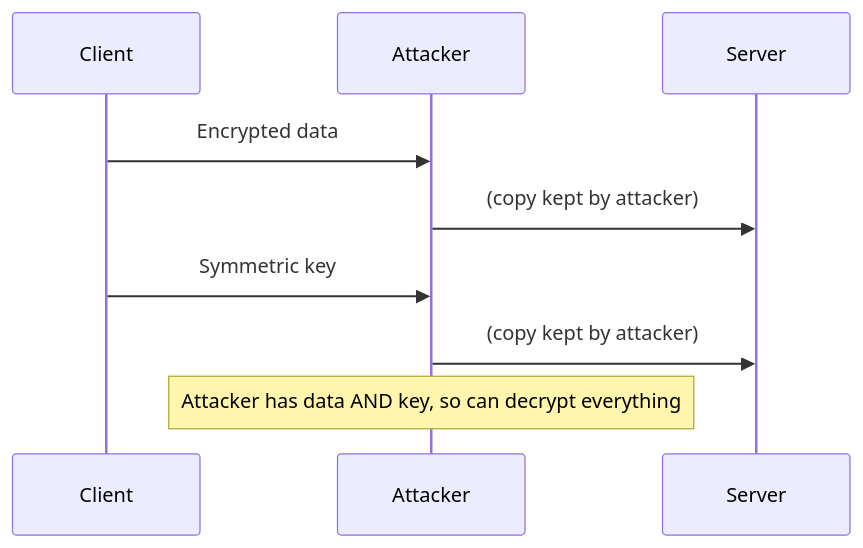
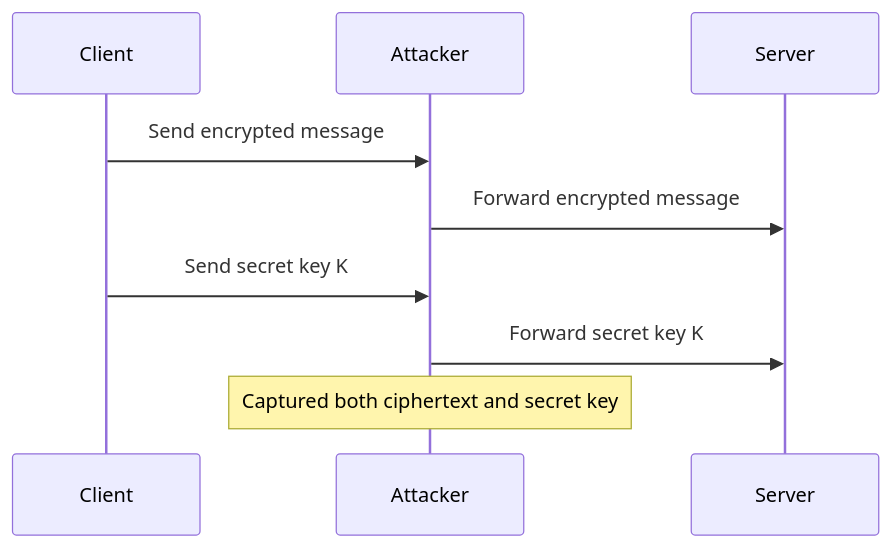
Before and after one commit to HARRISAMIN432/system-design-hld: the fourth of 13 diagrams in 13_How_HTTPs_Works/README.md, drawn with Mermaid. The commit also changed other lines of this file and 11 other files, not shown here.

````diff
--- a/13_How_HTTPs_Works/README.md
+++ b/13_How_HTTPs_Works/README.md
@@ -66,11 +216,12 @@
 ```mermaid
 sequenceDiagram
     participant C as Client
-    participant H as Attacker
+    participant A as Attacker
     participant S as Server
-    C->>H: Encrypted data
-    H->>S: (copy kept by attacker)
-    C->>H: Symmetric key
-    H->>S: (copy kept by attacker)
-    Note over H: Attacker has data AND key, so can decrypt everything
+
+    C->>A: Send encrypted message
+    A->>S: Forward encrypted message
+    C->>A: Send secret key K
+    A->>S: Forward secret key K
+    Note over A: Captured both ciphertext and secret key
 ```
````
